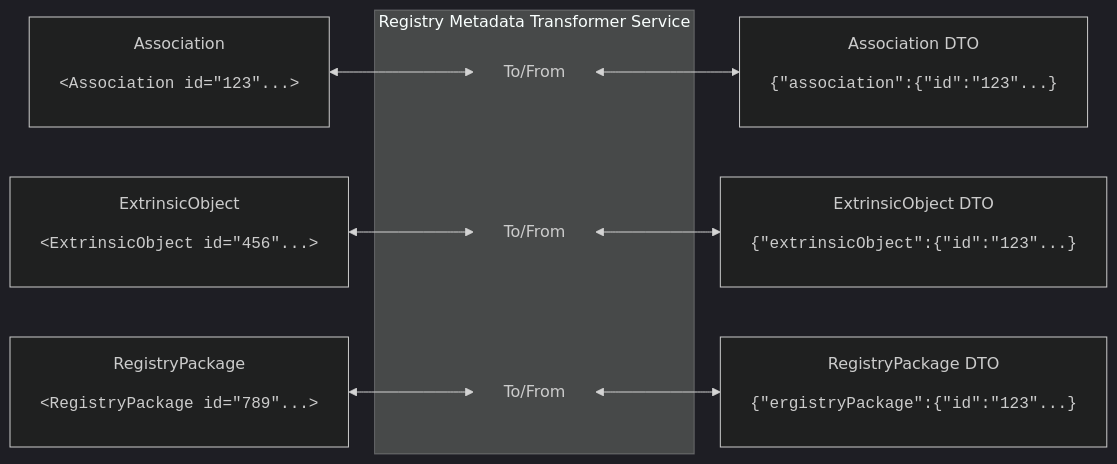
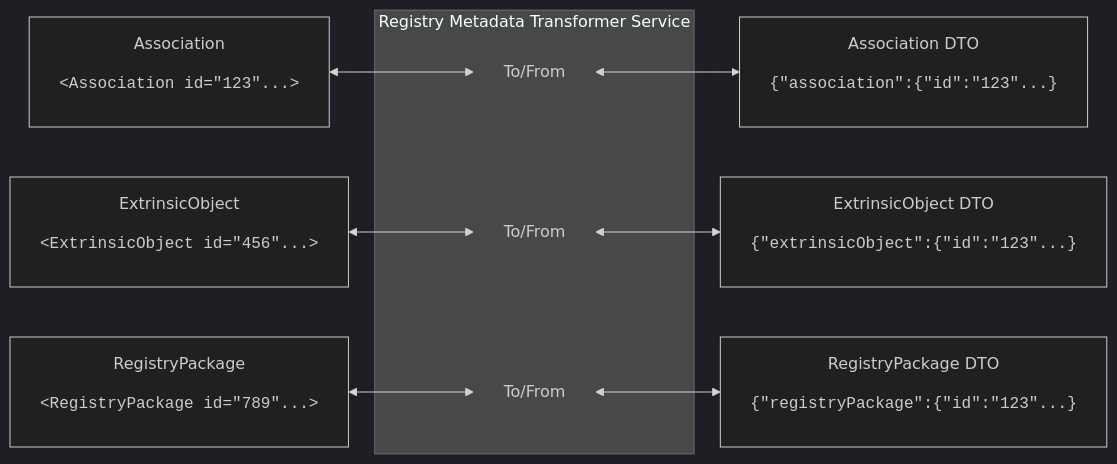
Before and after one commit to timmo-nhn/XcaDocumentSource: the diagram in Docs/RegistryDto.md, drawn with Mermaid. The commit also changed other lines of this file and 7 other files, not shown here.

````diff
--- a/Docs/RegistryDto.md
+++ b/Docs/RegistryDto.md
@@ -21,25 +21,25 @@
 ```mermaid
 %%{init: {'theme':'dark'}}%%
 
 flowchart LR
 as[Association<br><pre>&lt;Association id=&quot;123&quot;...&gt;]
 eo[ExtrinsicObject<br><pre>&lt;ExtrinsicObject id=&quot;456&quot;...&gt;]
 rp[RegistryPackage<br><pre>&lt;RegistryPackage id=&quot;789&quot;...&gt;]
 
 style to1 fill:none,stroke:none
 style to2 fill:none,stroke:none
 style to3 fill:none,stroke:none
 subgraph "Registry Metadata Transformer Service"
     to1[To/From]
     to2[To/From]
     to3[To/From]
 end
 
 asdto[Association DTO<br><pre>#123;&quot;association&quot;:#123;&quotid&quot:&quot;123&quot;...#125;]
 eodto[ExtrinsicObject DTO<br><pre>#123;&quot;extrinsicObject&quot;:#123;&quotid&quot:&quot;123&quot;...#125;]
-rpdto[RegistryPackage DTO<br><pre>#123;&quot;ergistryPackage&quot;:#123;&quotid&quot:&quot;123&quot;...#125;]
+rpdto[RegistryPackage DTO<br><pre>#123;&quot;registryPackage&quot;:#123;&quotid&quot:&quot;123&quot;...#125;]
 
 as <---> to1 <---> asdto
 eo <---> to2 <---> eodto
 rp <---> to3 <---> rpdto
 ```
````
